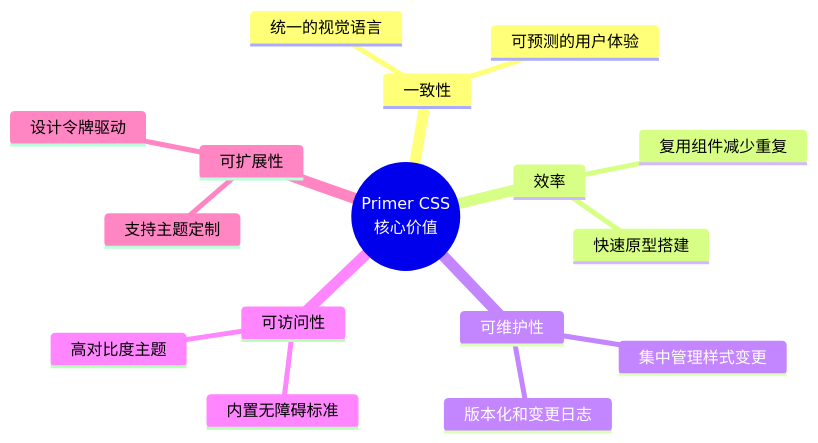
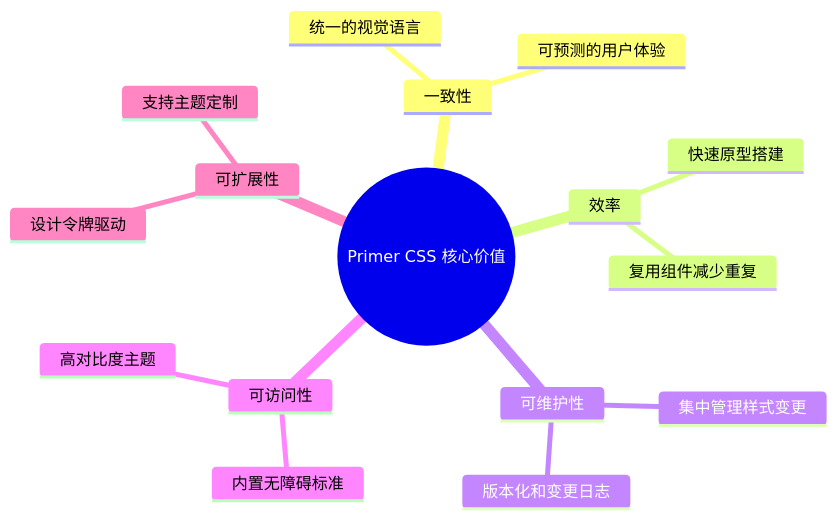
One commit to Cleam/primer-css changed the second of 4 diagrams in learn/01-introduction.md. Above: the diagram before and after it, drawn with Mermaid. The commit also changed other lines of this file and 10 other files, not shown here.

First line of the commit message:
Fix mermaid diagram syntax for GitHub rendering compatibility

````diff
--- a/learn/01-introduction.md
+++ b/learn/01-introduction.md
@@ -46,19 +46,19 @@
 ```mermaid
 mindmap
-  root((Primer CSS<br/>核心价值))
+  root(("Primer CSS 核心价值"))
     一致性
       统一的视觉语言
       可预测的用户体验
     效率
       复用组件减少重复
       快速原型搭建
     可维护性
       集中管理样式变更
       版本化和变更日志
     可访问性
       内置无障碍标准
       高对比度主题
     可扩展性
       设计令牌驱动
       支持主题定制
 ```
````
